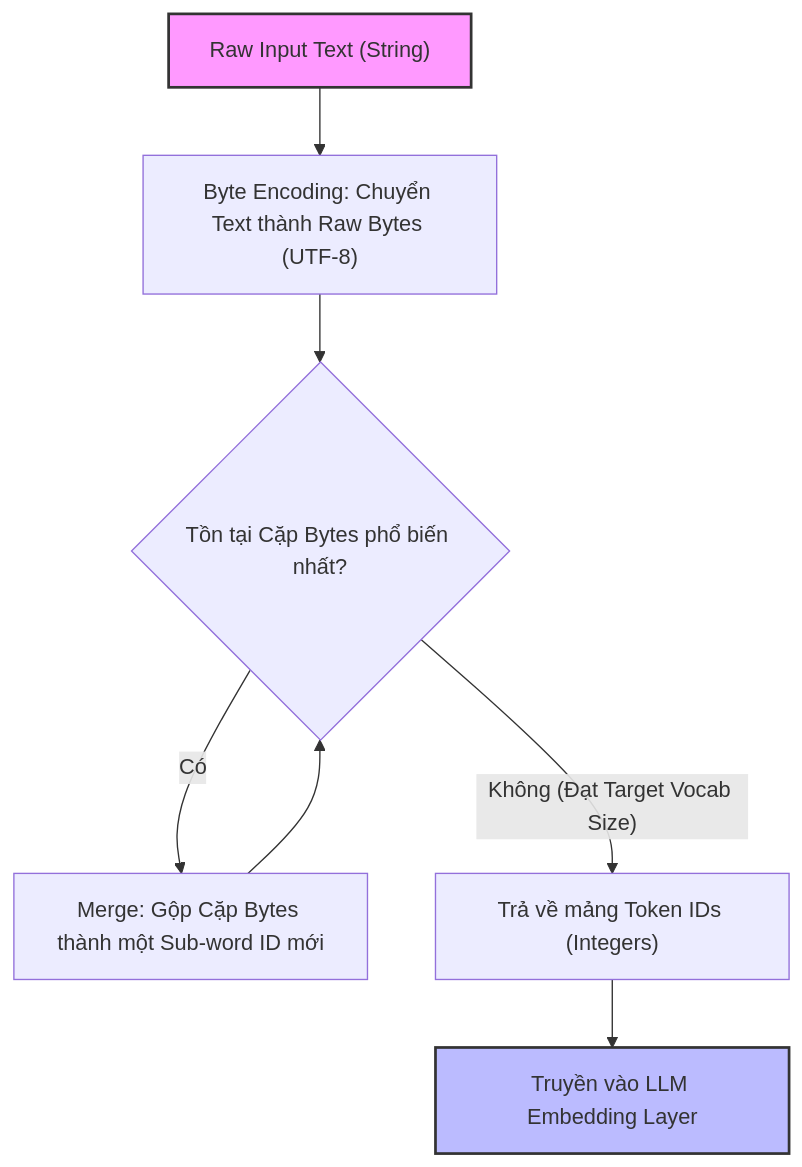
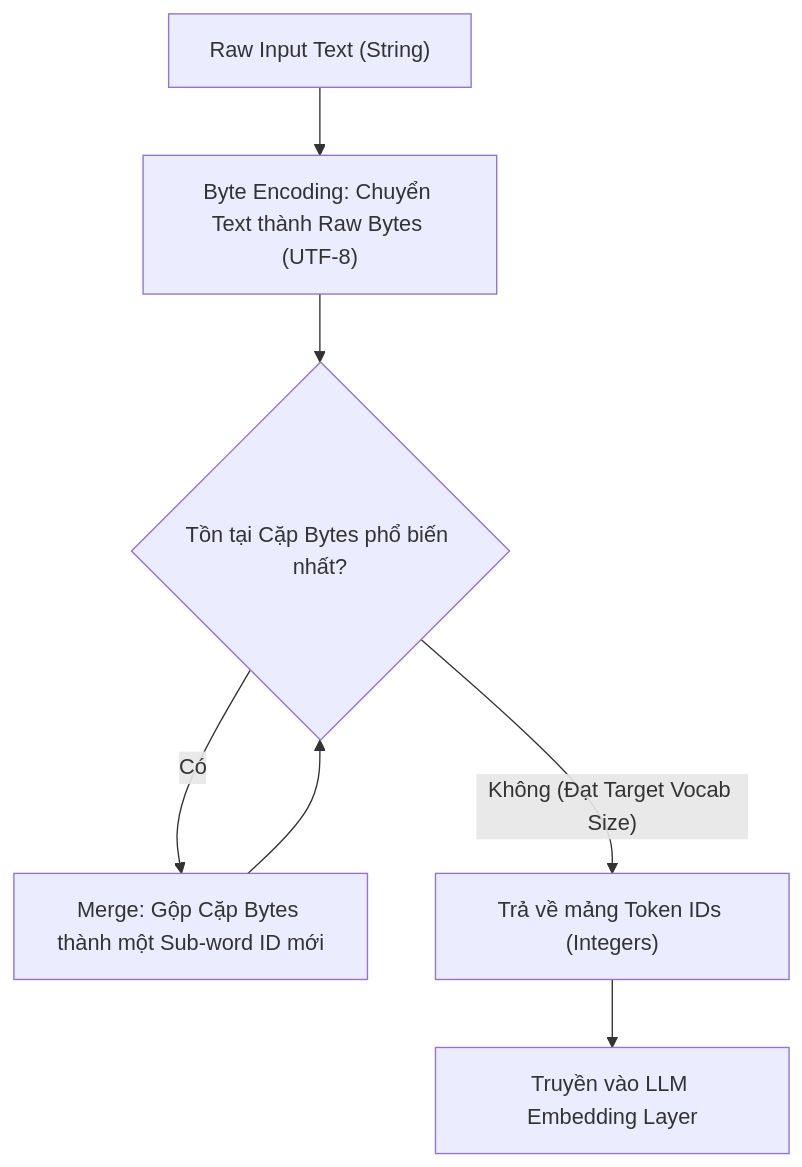
The diagram in src/content/docs/concepts/9-genai-machine-learning/token.md (kythuatdulieu/kythuatdulieu.github.io), drawn with Mermaid before and after one commit. The commit also changed 686 other files, not shown here.

````diff
--- a/src/content/docs/concepts/9-genai-machine-learning/token.md
+++ b/src/content/docs/concepts/9-genai-machine-learning/token.md
@@ -32,12 +32,11 @@
 ```mermaid
 graph TD
     A["Raw Input Text (String)"] --> B["Byte Encoding: Chuyển Text thành Raw Bytes (UTF-8)"]
     B --> C{"Tồn tại Cặp Bytes phổ biến nhất?"}
     C -- Có --> D["Merge: Gộp Cặp Bytes thành một Sub-word ID mới"]
     D --> C
     C -- Không (Đạt Target Vocab Size) --> E["Trả về mảng Token IDs (Integers)"]
     E --> F["Truyền vào LLM Embedding Layer"]
-    
-    style A fill:#f9f,stroke:#333,stroke-width:2px
-    style F fill:#bbf,stroke:#333,stroke-width:2px
+
+
 ```
````
